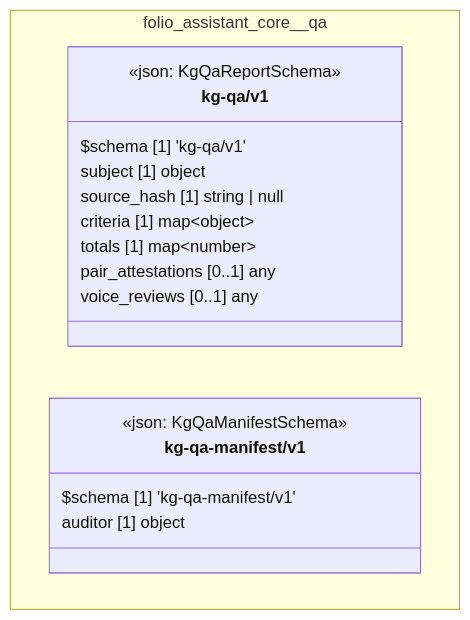
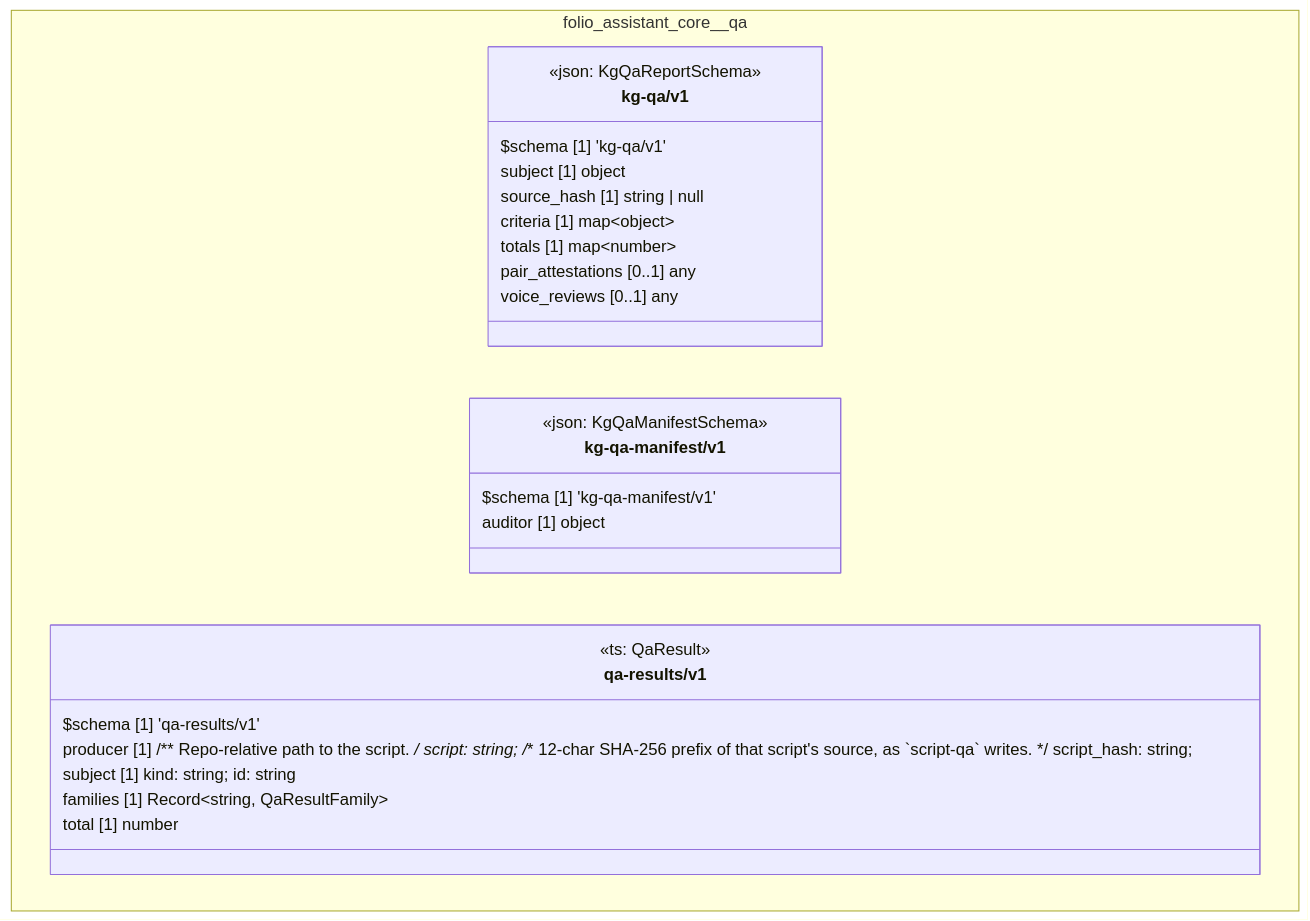
Before and after one commit to litlfred/cat-harness: the diagram in uml/overview/folio-assistant-core/qa.mmd, drawn with Mermaid. The commit also changed 406 other files, not shown here.

```diff
--- a/uml/overview/folio-assistant-core/qa.mmd
+++ b/uml/overview/folio-assistant-core/qa.mmd
@@ -1,21 +1,30 @@
 classDiagram
   direction TB
   namespace folio_assistant_core__qa {
     class folio_assistant_core_qa_kg_qa_v1_kg_qa_v1["kg-qa/v1"] {
       <<json: KgQaReportSchema>>
       $schema [1] 'kg-qa/v1'
       subject [1] object
       source_hash [1] string | null
       criteria [1] map~object~
       totals [1] map~number~
       pair_attestations [0..1] any
       voice_reviews [0..1] any
     }
     class folio_assistant_core_qa_kg_qa_manifest_v1_kg_qa_manifest_v1["kg-qa-manifest/v1"] {
       <<json: KgQaManifestSchema>>
       $schema [1] 'kg-qa-manifest/v1'
       auditor [1] object
     }
+    class folio_assistant_core_qa_qa_results_v1["qa-results/v1"] {
+      <<ts: QaResult>>
+      $schema [1] 'qa-results/v1'
+      producer [1]  /** Repo-relative path to the script. */ script: string; /** 12-char SHA-256 prefix of that script's source, as `script-qa` writes. */ script_hash: string; 
+      subject [1]  kind: string; id: string 
+      families [1] Record~string, QaResultFamily~
+      total [1] number
+    }
   }
   cssClass "folio_assistant_core_qa_kg_qa_v1_kg_qa_v1" fa_uml_kind_qa
   cssClass "folio_assistant_core_qa_kg_qa_manifest_v1_kg_qa_manifest_v1" fa_uml_kind_qa
+  cssClass "folio_assistant_core_qa_qa_results_v1" fa_uml_kind_qa
```
